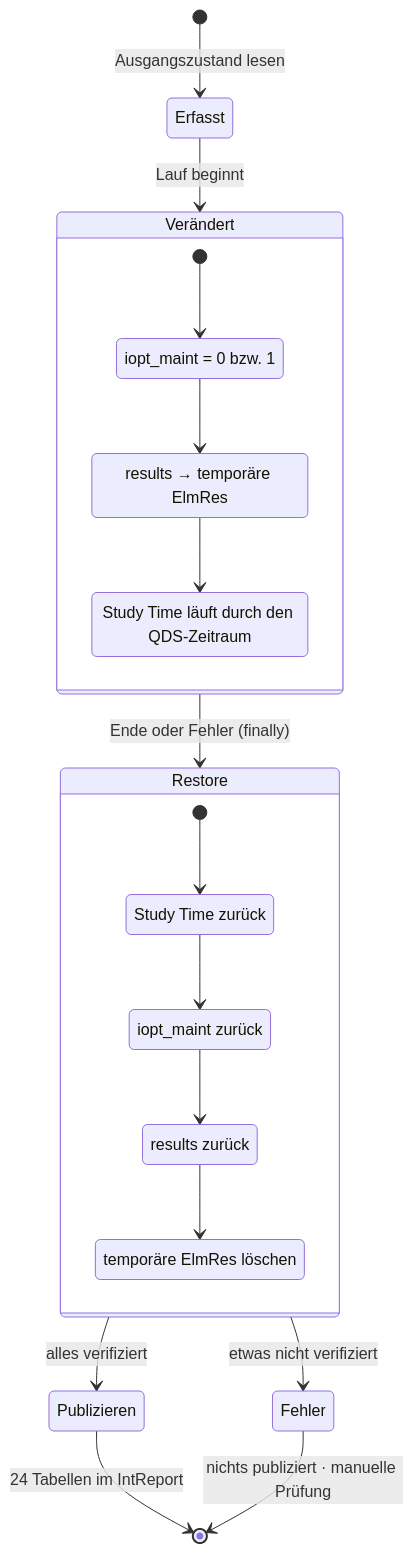
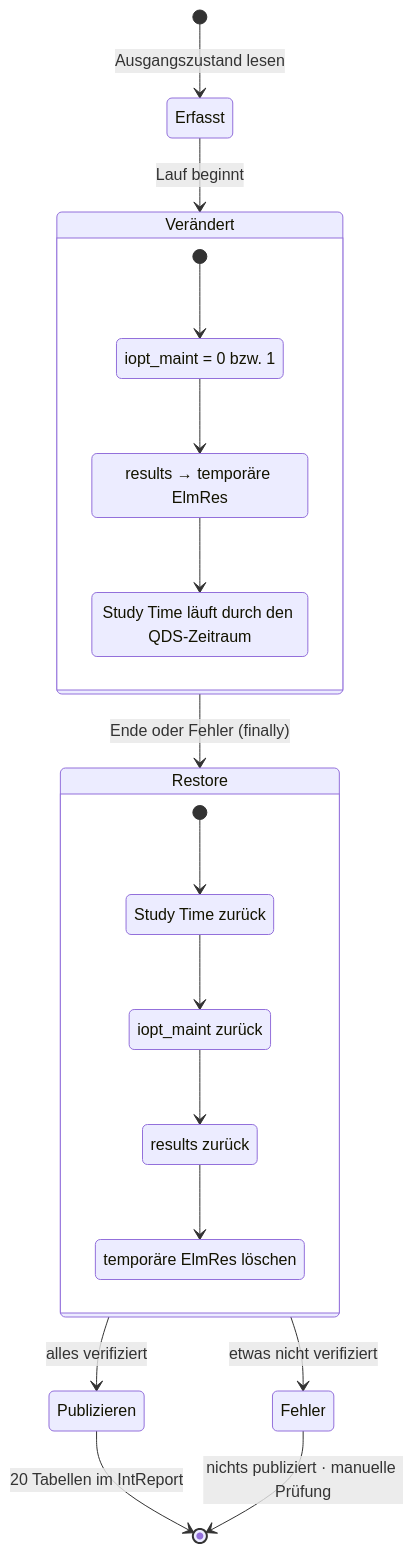
One commit to hadiibrahim-Engin/gridlens-powerfactory changed the sixth of 8 diagrams in BIG_PICTURE.md. Above: the diagram before and after it, drawn with Mermaid. The commit also changed other lines of this file and 7 other files, not shown here.

````diff
--- a/BIG_PICTURE.md
+++ b/BIG_PICTURE.md
@@ -213,28 +219,28 @@
 ```mermaid
 stateDiagram-v2
     [*] --> Erfasst: Ausgangszustand lesen
     Erfasst --> Verändert: Lauf beginnt
     state Verändert {
         state "iopt_maint = 0 bzw. 1" as Option
         state "results → temporäre ElmRes" as Bindung
         state "Study Time läuft durch den QDS-Zeitraum" as Uhr
         [*] --> Option
         Option --> Bindung
         Bindung --> Uhr
     }
     Verändert --> Restore: Ende oder Fehler (finally)
     state Restore {
         state "Study Time zurück" as R1
         state "iopt_maint zurück" as R2
         state "results zurück" as R3
         state "temporäre ElmRes löschen" as R4
         [*] --> R1
         R1 --> R2
         R2 --> R3
         R3 --> R4
     }
     Restore --> Publizieren: alles verifiziert
     Restore --> Fehler: etwas nicht verifiziert
-    Publizieren --> [*]: 24 Tabellen im IntReport
+    Publizieren --> [*]: 20 Tabellen im IntReport
     Fehler --> [*]: nichts publiziert · manuelle Prüfung
 ```
````
